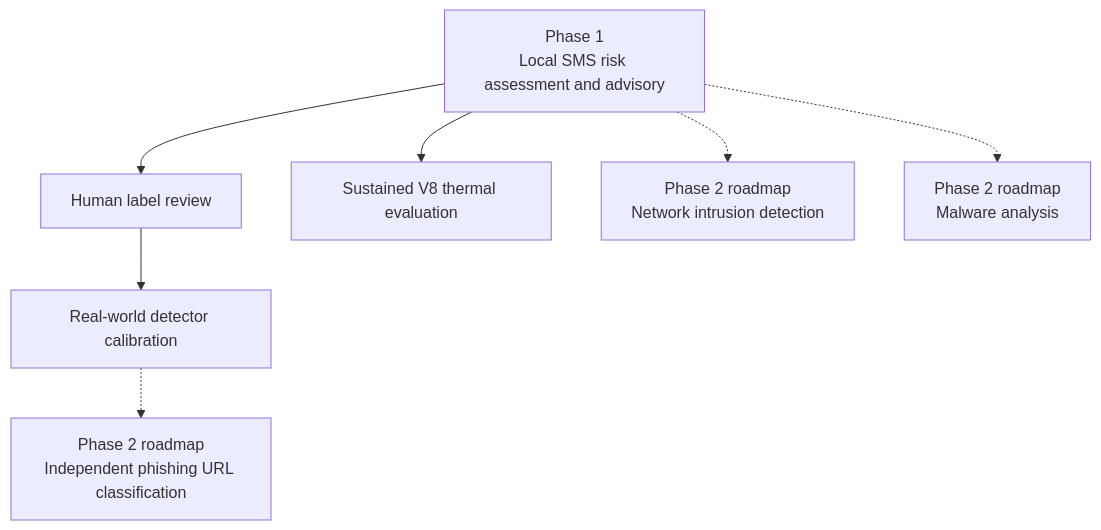
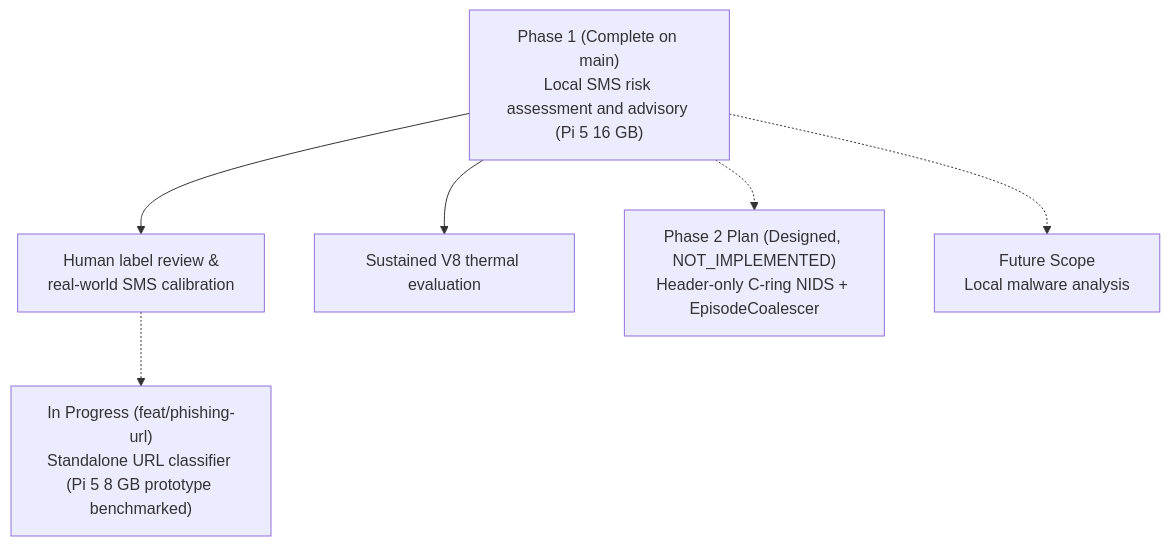
One commit to mohamedzayn472/EdgeShield2.0 changed the fourth of 4 diagrams in README.md. Above: the diagram before and after it, drawn with Mermaid. The commit also changed other lines of this file and 3 other files, not shown here.

Commit message:
Document Pi 5 URL prototype metrics, Phase 2 network plan, and multi-pillar limitations

````diff
--- a/README.md
+++ b/README.md
@@ -1260,20 +1290,18 @@
 ```mermaid
 flowchart TD
-    A["Phase 1<br/>Local SMS risk assessment and advisory"]
+    A["Phase 1 (Complete on main)<br/>Local SMS risk assessment and advisory (Pi 5 16 GB)"]
 
-    B["Human label review"]
-    C["Real-world detector calibration"]
-    D["Sustained V8 thermal evaluation"]
+    B["Human label review &<br/>real-world SMS calibration"]
+    C["Sustained V8 thermal evaluation"]
 
-    E["Phase 2 roadmap<br/>Independent phishing URL classification"]
-    F["Phase 2 roadmap<br/>Network intrusion detection"]
-    G["Phase 2 roadmap<br/>Malware analysis"]
+    E["In Progress (feat/phishing-url)<br/>Standalone URL classifier (Pi 5 8 GB prototype benchmarked)"]
+    F["Phase 2 Plan (Designed, NOT_IMPLEMENTED)<br/>Header-only C-ring NIDS + EpisodeCoalescer"]
+    G["Future Scope<br/>Local malware analysis"]
 
     A --> B
-    B --> C
-    A --> D
+    A --> C
 
-    C -.-> E
+    B -.-> E
     A -.-> F
     A -.-> G
 ```
````
